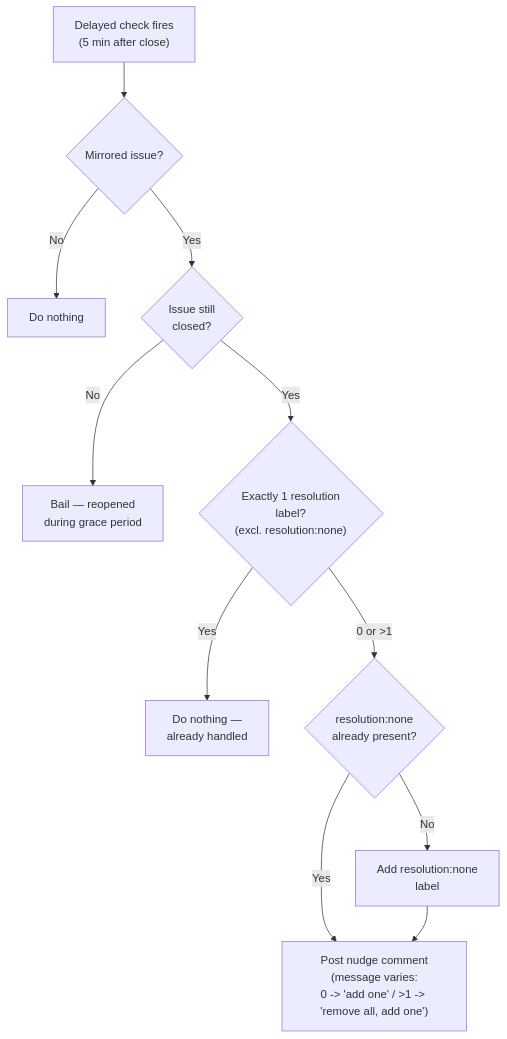
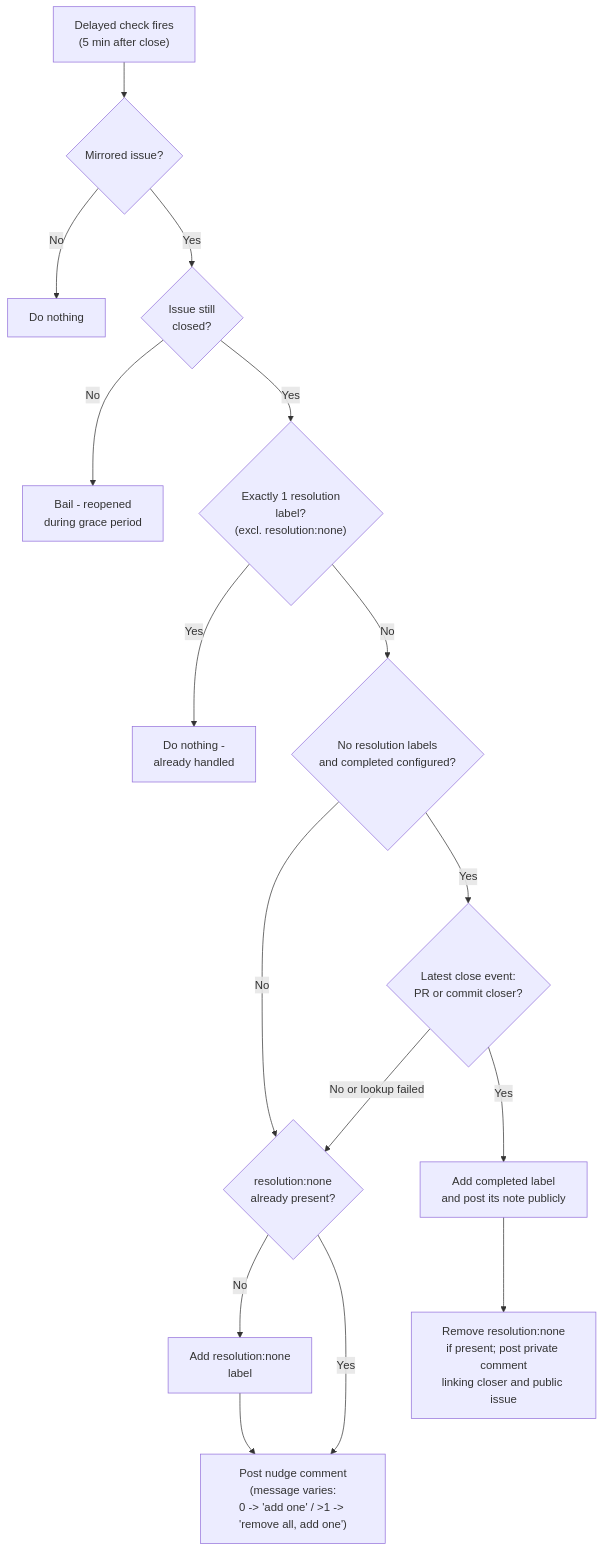
Before and after one commit to Magma-Maths/lyrebird: diagram 12 of 16 in FLOWS.md, drawn with Mermaid. The commit also changed other lines of this file and 7 other files, not shown here.

Commit message:
feat(handlers): mark issues closed by a PR or commit as resolution:completed

````diff
--- a/FLOWS.md
+++ b/FLOWS.md
@@ -171,13 +175,18 @@
 ```mermaid
 flowchart TD
     A["Delayed check fires<br/>(5 min after close)"] --> B{"Mirrored issue?"}
     B -- No --> Z["Do nothing"]
     B -- Yes --> C{"Issue still<br/>closed?"}
-    C -- No --> D["Bail — reopened<br/>during grace period"]
+    C -- No --> D["Bail - reopened<br/>during grace period"]
     C -- Yes --> E{"Exactly 1 resolution<br/>label?<br/>(excl. resolution:none)"}
-    E -- Yes --> F["Do nothing —<br/>already handled"]
-    E -- "0 or >1" --> G{"resolution:none<br/>already present?"}
+    E -- Yes --> F["Do nothing -<br/>already handled"]
+    E -- No --> J{"No resolution labels<br/>and completed configured?"}
+    J -- No --> G{"resolution:none<br/>already present?"}
+    J -- Yes --> K{"Latest close event:<br/>PR or commit closer?"}
+    K -- "No or lookup failed" --> G
+    K -- Yes --> L["Add completed label<br/>and post its note publicly"]
+    L --> M["Remove resolution:none<br/>if present; post private comment<br/>linking closer and public issue"]
     G -- No --> H["Add resolution:none<br/>label"]
     G -- Yes --> I
     H --> I["Post nudge comment<br/>(message varies:<br/>0 -> 'add one' / >1 -> 'remove all, add one')"]
 ```
````
